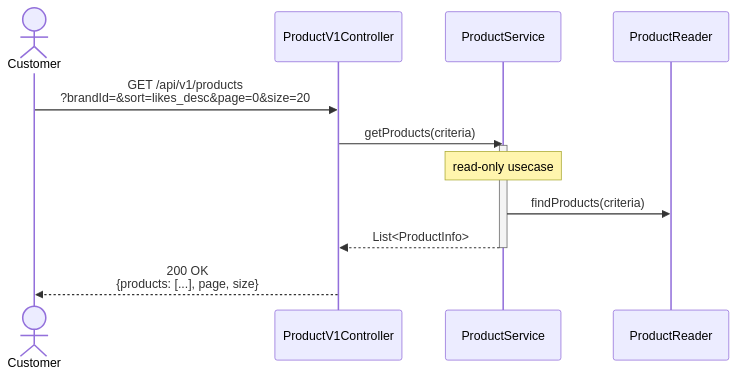
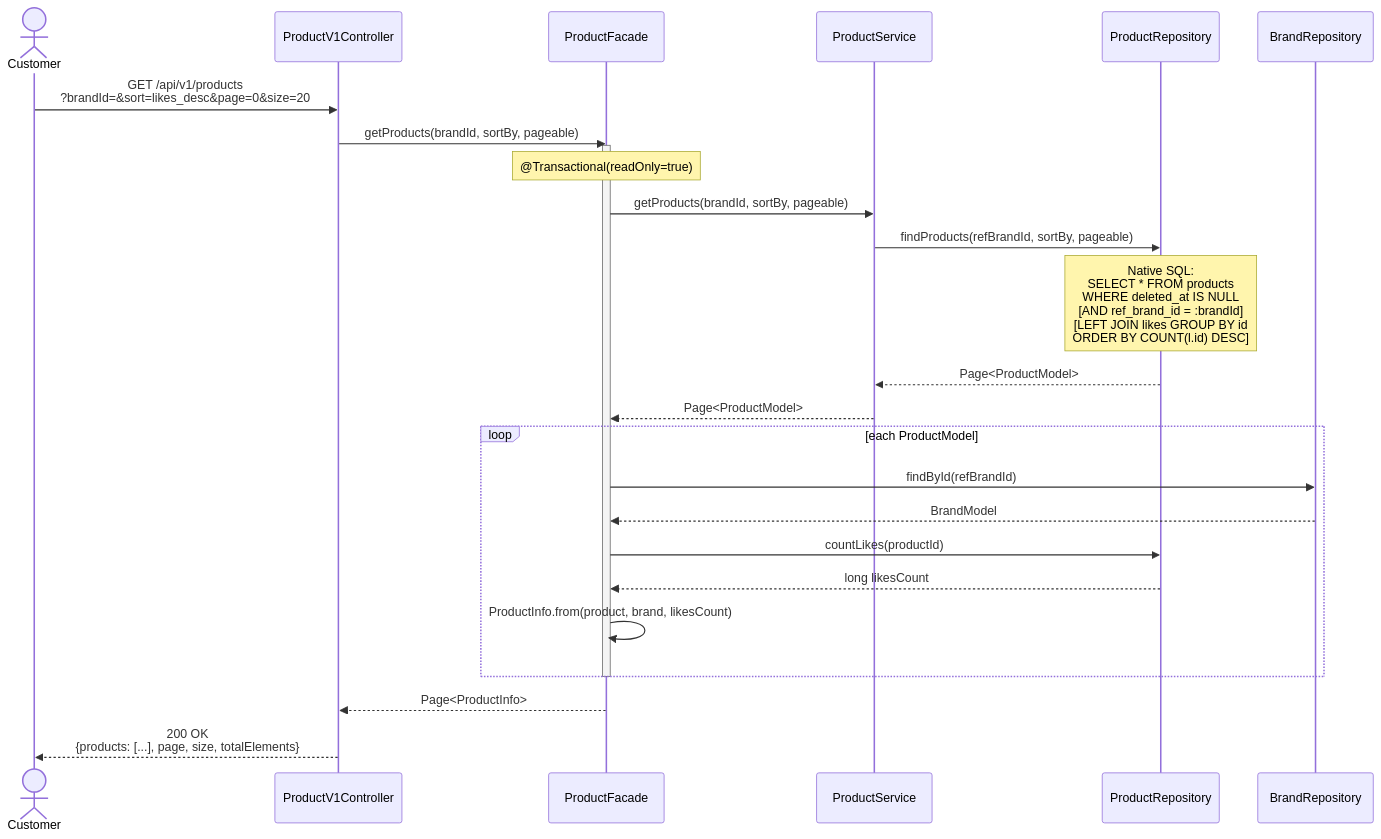
Before and after one commit to YoHanKi/loop-pack-be-l2-vol3-java: the fifth of 5 diagrams in docs/design/02-sequence-diagrams.md, drawn with Mermaid. The commit also changed other lines of this file and 2 other files, not shown here.

````diff
--- a/docs/design/02-sequence-diagrams.md
+++ b/docs/design/02-sequence-diagrams.md
@@ -241,21 +274,37 @@
 ```mermaid
 sequenceDiagram
     actor Customer
     participant Controller as ProductV1Controller
+    participant ProductFacade as ProductFacade
     participant ProductService as ProductService
-    participant ProductReader as ProductReader
+    participant ProductRepo as ProductRepository
+    participant BrandRepo as BrandRepository
 
     Customer->>Controller: GET /api/v1/products<br/>?brandId=&sort=likes_desc&page=0&size=20
-    Controller->>ProductService: getProducts(criteria)
+    Controller->>ProductFacade: getProducts(brandId, sortBy, pageable)
 
-    activate ProductService
-    Note over ProductService: read-only usecase
+    activate ProductFacade
+    Note over ProductFacade: @Transactional(readOnly=true)
 
-    ProductService->>ProductReader: findProducts(criteria)
+    ProductFacade->>ProductService: getProducts(brandId, sortBy, pageable)
+    ProductService->>ProductRepo: findProducts(refBrandId, sortBy, pageable)
 
-    ProductService-->>Controller: List<ProductInfo>
-    deactivate ProductService
+    Note over ProductRepo: Native SQL:<br/>SELECT * FROM products<br/>WHERE deleted_at IS NULL<br/>[AND ref_brand_id = :brandId]<br/>[LEFT JOIN likes GROUP BY id<br/>ORDER BY COUNT(l.id) DESC]
 
-    Controller-->>Customer: 200 OK<br/>{products: [...], page, size}
+    ProductRepo-->>ProductService: Page<ProductModel>
+    ProductService-->>ProductFacade: Page<ProductModel>
 
+    %% enrichment (Brand 정보 + 좋아요 수)
+    loop each ProductModel
+        ProductFacade->>BrandRepo: findById(refBrandId)
+        BrandRepo-->>ProductFacade: BrandModel
+        ProductFacade->>ProductRepo: countLikes(productId)
+        ProductRepo-->>ProductFacade: long likesCount
+        ProductFacade->>ProductFacade: ProductInfo.from(product, brand, likesCount)
+    end
+
+    deactivate ProductFacade
+
+    ProductFacade-->>Controller: Page<ProductInfo>
+    Controller-->>Customer: 200 OK<br/>{products: [...], page, size, totalElements}
 ```
````
